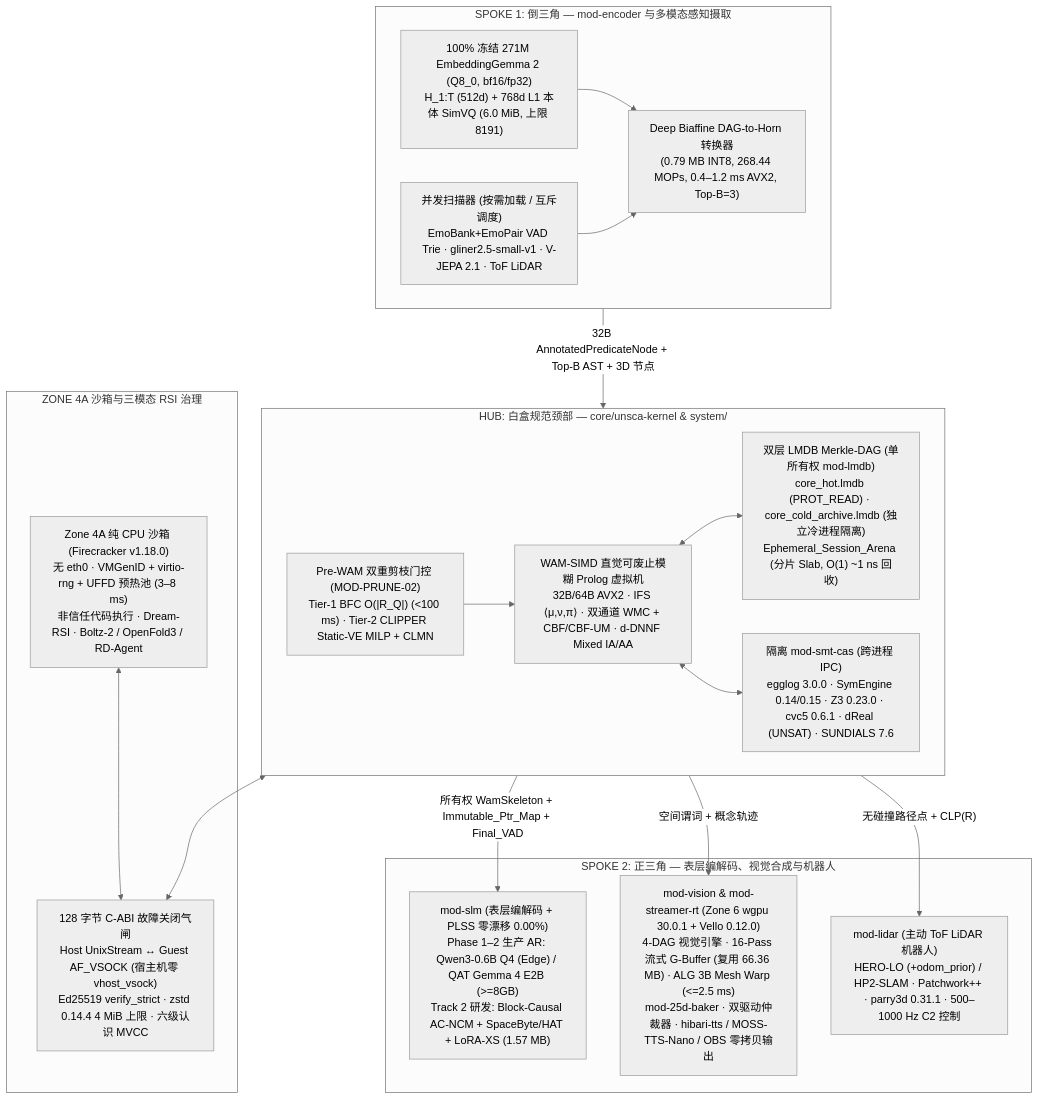
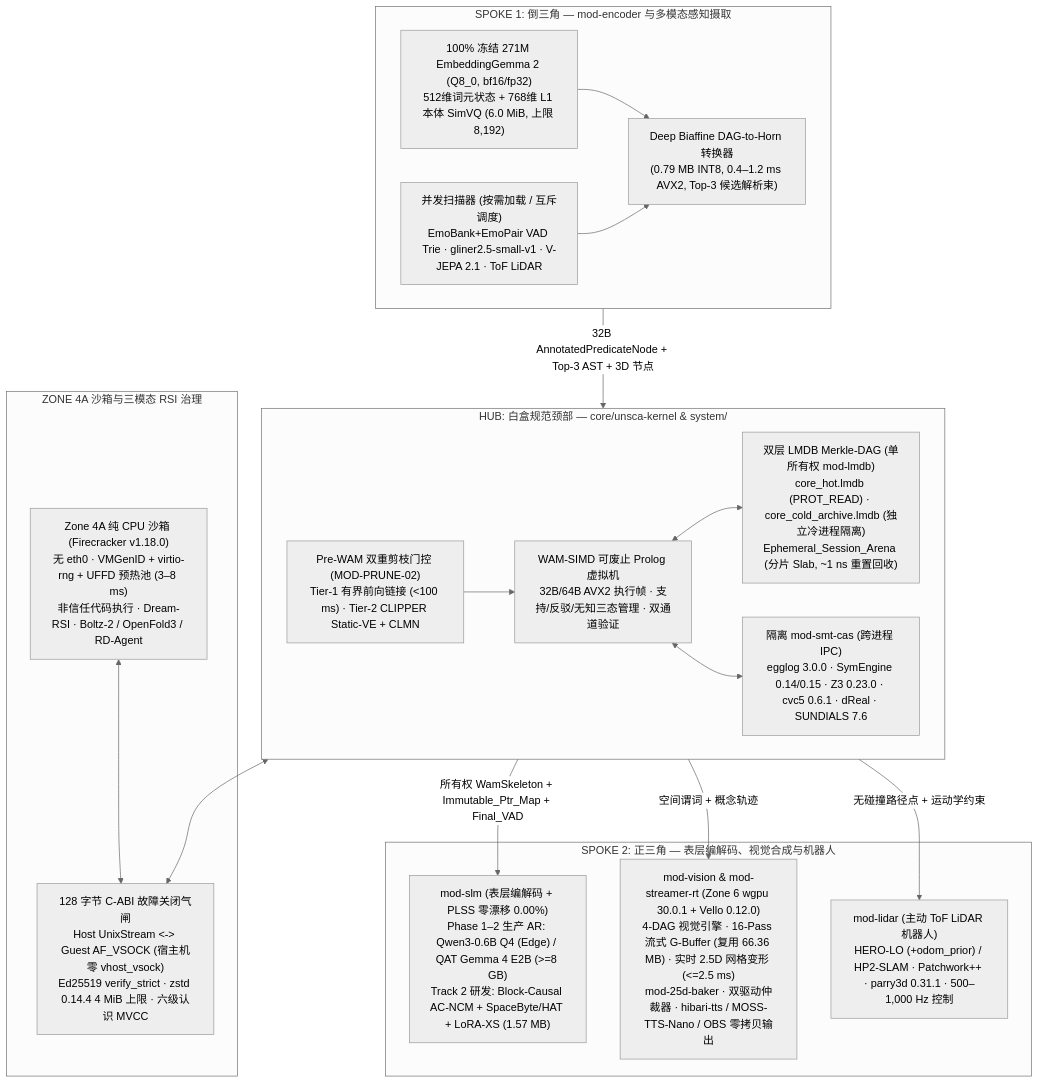
Before and after one commit to vuhoangquanhoctap-glitch/Takuma-1-Trinity: diagram 13 of 16 in README.md, drawn with Mermaid (neutral theme). The commit also changed other lines of this file, not shown here.

````diff
--- a/README.md
+++ b/README.md
@@ -965,38 +1004,38 @@
 ```mermaid
 flowchart TB
     subgraph S1["SPOKE 1: 倒三角 — mod-encoder 与多模态感知摄取"]
-        ENC["100% 冻结 271M EmbeddingGemma 2 (Q8_0, bf16/fp32)<br/>H_1:T (512d) + 768d L1 本体 SimVQ (6.0 MiB, 上限 8191)"]
-        BIA["Deep Biaffine DAG-to-Horn 转换器<br/>(0.79 MB INT8, 268.44 MOPs, 0.4–1.2 ms AVX2, Top-B=3)"]
+        ENC["100% 冻结 271M EmbeddingGemma 2 (Q8_0, bf16/fp32)<br/>512维词元状态 + 768维 L1 本体 SimVQ (6.0 MiB, 上限 8,192)"]
+        BIA["Deep Biaffine DAG-to-Horn 转换器<br/>(0.79 MB INT8, 0.4–1.2 ms AVX2, Top-3 候选解析束)"]
         SCN["并发扫描器 (按需加载 / 互斥调度)<br/>EmoBank+EmoPair VAD Trie · gliner2.5-small-v1 · V-JEPA 2.1 · ToF LiDAR"]
         ENC --> BIA
         SCN --> BIA
     end
 
     subgraph HUB["HUB: 白盒规范颈部 — core/unsca-kernel & system/"]
-        PRUNE["Pre-WAM 双重剪枝门控 (MOD-PRUNE-02)<br/>Tier-1 BFC O(|R_Q|) (<100 ms) · Tier-2 CLIPPER Static-VE MILP + CLMN"]
-        WAM["WAM-SIMD 直觉可废止模糊 Prolog 虚拟机<br/>32B/64B AVX2 · IFS ⟨μ,ν,π⟩ · 双通道 WMC + CBF/CBF-UM · d-DNNF Mixed IA/AA"]
-        MEM["双层 LMDB Merkle-DAG (单所有权 mod-lmdb)<br/>core_hot.lmdb (PROT_READ) · core_cold_archive.lmdb (独立冷进程隔离)<br/>Ephemeral_Session_Arena (分片 Slab, O(1) ~1 ns 回收)"]
-        SMT["隔离 mod-smt-cas (跨进程 IPC)<br/>egglog 3.0.0 · SymEngine 0.14/0.15 · Z3 0.23.0 · cvc5 0.6.1 · dReal (UNSAT) · SUNDIALS 7.6"]
+        PRUNE["Pre-WAM 双重剪枝门控 (MOD-PRUNE-02)<br/>Tier-1 有界前向链接 (<100 ms) · Tier-2 CLIPPER Static-VE + CLMN"]
+        WAM["WAM-SIMD 可废止 Prolog 虚拟机<br/>32B/64B AVX2 执行帧 · 支持/反驳/无知三态管理 · 双通道验证"]
+        MEM["双层 LMDB Merkle-DAG (单所有权 mod-lmdb)<br/>core_hot.lmdb (PROT_READ) · core_cold_archive.lmdb (独立冷进程隔离)<br/>Ephemeral_Session_Arena (分片 Slab, ~1 ns 重置回收)"]
+        SMT["隔离 mod-smt-cas (跨进程 IPC)<br/>egglog 3.0.0 · SymEngine 0.14/0.15 · Z3 0.23.0 · cvc5 0.6.1 · dReal · SUNDIALS 7.6"]
         PRUNE --> WAM
         WAM <--> MEM
         WAM <--> SMT
     end
 
     subgraph S2["SPOKE 2: 正三角 — 表层编解码、视觉合成与机器人"]
-        SLM["mod-slm (表层编解码 + PLSS 零漂移 0.00%)<br/>Phase 1–2 生产 AR: Qwen3-0.6B Q4 (Edge) / QAT Gemma 4 E2B (>=8GB)<br/>Track 2 研发: Block-Causal AC-NCM + SpaceByte/HAT + LoRA-XS (1.57 MB)"]
-        VIS["mod-vision & mod-streamer-rt (Zone 6 wgpu 30.0.1 + Vello 0.12.0)<br/>4-DAG 视觉引擎 · 16-Pass 流式 G-Buffer (复用 66.36 MB) · ALG 3B Mesh Warp (<=2.5 ms)<br/>mod-25d-baker · 双驱动仲裁器 · hibari-tts / MOSS-TTS-Nano / OBS 零拷贝输出"]
-        ROB["mod-lidar (主动 ToF LiDAR 机器人)<br/>HERO-LO (+odom_prior) / HP2-SLAM · Patchwork++ · parry3d 0.31.1 · 500–1000 Hz C2 控制"]
+        SLM["mod-slm (表层编解码 + PLSS 零漂移 0.00%)<br/>Phase 1–2 生产 AR: Qwen3-0.6B Q4 (Edge) / QAT Gemma 4 E2B (>=8 GB)<br/>Track 2 研发: Block-Causal AC-NCM + SpaceByte/HAT + LoRA-XS (1.57 MB)"]
+        VIS["mod-vision & mod-streamer-rt (Zone 6 wgpu 30.0.1 + Vello 0.12.0)<br/>4-DAG 视觉引擎 · 16-Pass 流式 G-Buffer (复用 66.36 MB) · 实时 2.5D 网格变形 (<=2.5 ms)<br/>mod-25d-baker · 双驱动仲裁器 · hibari-tts / MOSS-TTS-Nano / OBS 零拷贝输出"]
+        ROB["mod-lidar (主动 ToF LiDAR 机器人)<br/>HERO-LO (+odom_prior) / HP2-SLAM · Patchwork++ · parry3d 0.31.1 · 500–1,000 Hz 控制"]
     end
 
     subgraph SEC["ZONE 4A 沙箱与三模态 RSI 治理"]
         Z4A["Zone 4A 纯 CPU 沙箱 (Firecracker v1.18.0)<br/>无 eth0 · VMGenID + virtio-rng + UFFD 预热池 (3–8 ms)<br/>非信任代码执行 · Dream-RSI · Boltz-2 / OpenFold3 / RD-Agent"]
-        AIR["128 字节 C-ABI 故障关闭气闸<br/>Host UnixStream ↔ Guest AF_VSOCK (宿主机零 vhost_vsock)<br/>Ed25519 verify_strict · zstd 0.14.4 4 MiB 上限 · 六级认识 MVCC"]
+        AIR["128 字节 C-ABI 故障关闭气闸<br/>Host UnixStream <-> Guest AF_VSOCK (宿主机零 vhost_vsock)<br/>Ed25519 verify_strict · zstd 0.14.4 4 MiB 上限 · 六级认识 MVCC"]
         Z4A <--> AIR
     end
 
-    S1 -- "32B AnnotatedPredicateNode + Top-B AST + 3D 节点" --> HUB
+    S1 -- "32B AnnotatedPredicateNode + Top-3 AST + 3D 节点" --> HUB
     HUB -- "所有权 WamSkeleton + Immutable_Ptr_Map + Final_VAD" --> SLM
     HUB -- "空间谓词 + 概念轨迹" --> VIS
-    HUB -- "无碰撞路径点 + CLP(R)" --> ROB
+    HUB -- "无碰撞路径点 + 运动学约束" --> ROB
     HUB <--> AIR
 ```
````
